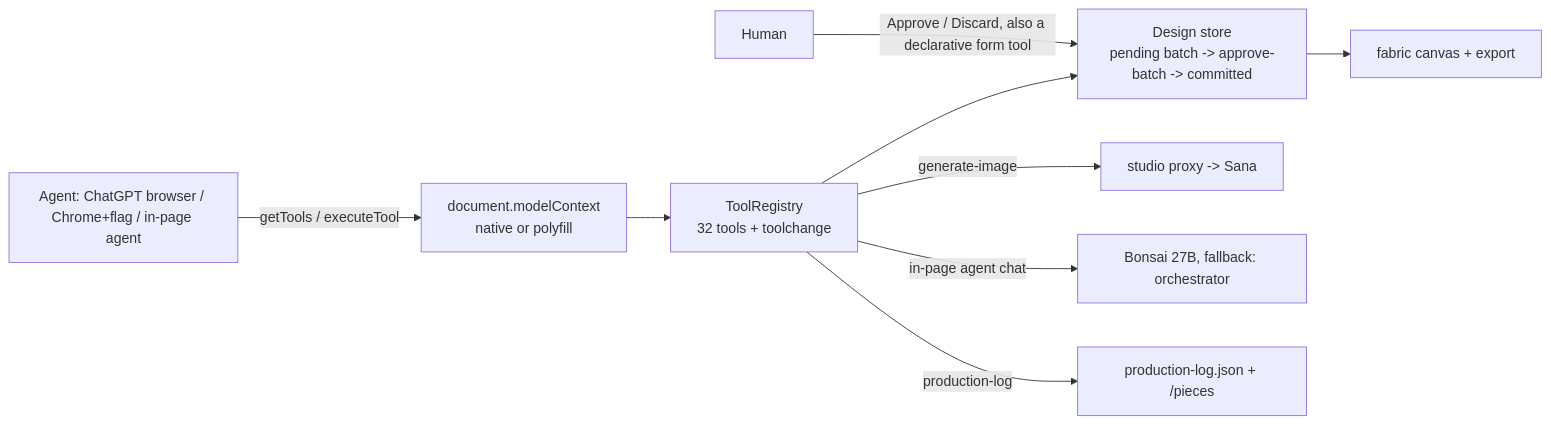
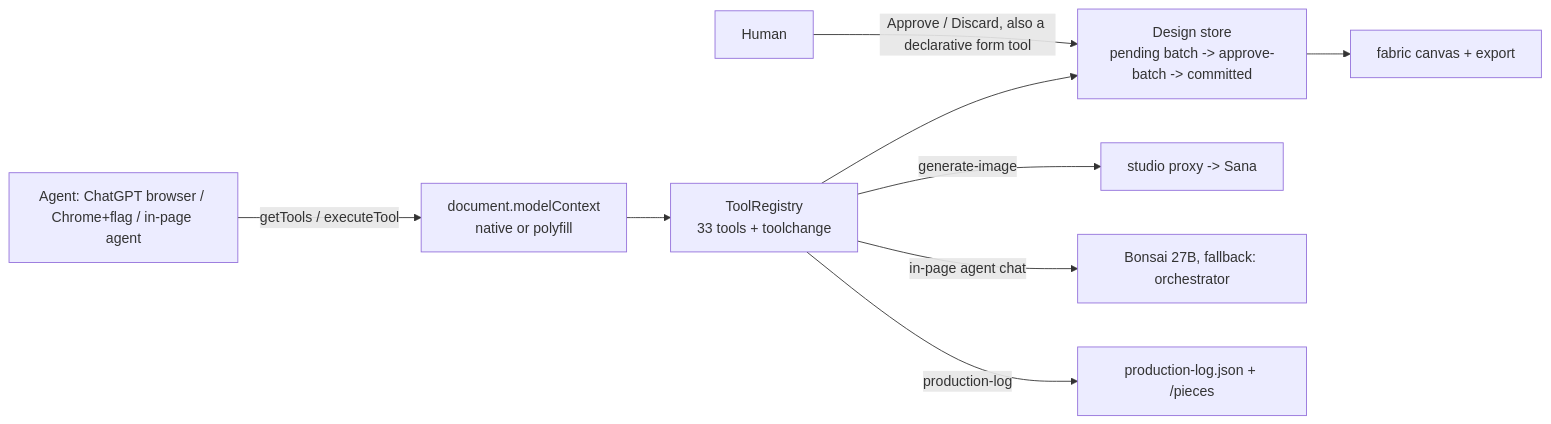
The diagram in README.md (Aitherium/webmcp-design-studio), drawn with Mermaid before and after one commit. The commit also changed 1 other file, not shown here.

Commit message:
docs: iris-produce -- the IRIS agent mode; roster 33

````diff
--- a/README.md
+++ b/README.md
@@ -56,11 +56,11 @@
 ```mermaid
 flowchart LR
   A[Agent: ChatGPT browser / Chrome+flag / in-page agent] -- getTools / executeTool --> M[document.modelContext<br/>native or polyfill]
-  M --> R[ToolRegistry<br/>32 tools + toolchange]
+  M --> R[ToolRegistry<br/>33 tools + toolchange]
   R --> S[Design store<br/>pending batch -> approve-batch -> committed]
   S --> C[fabric canvas + export]
   R -- generate-image --> I[studio proxy -> Sana]
   R -- in-page agent chat --> T[Bonsai 27B, fallback: orchestrator]
   R -- production-log --> P[production-log.json + /pieces]
   U[Human] -- Approve / Discard, also a declarative form tool --> S
 ```
````
